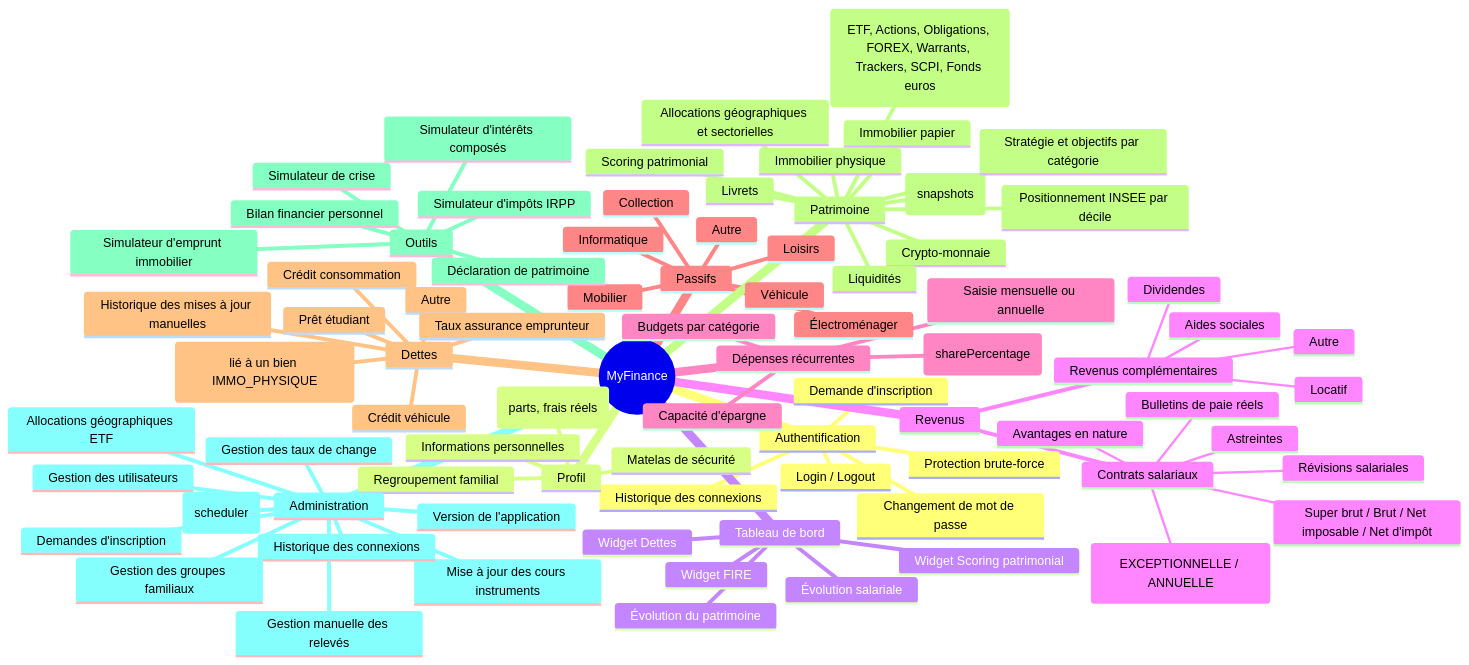
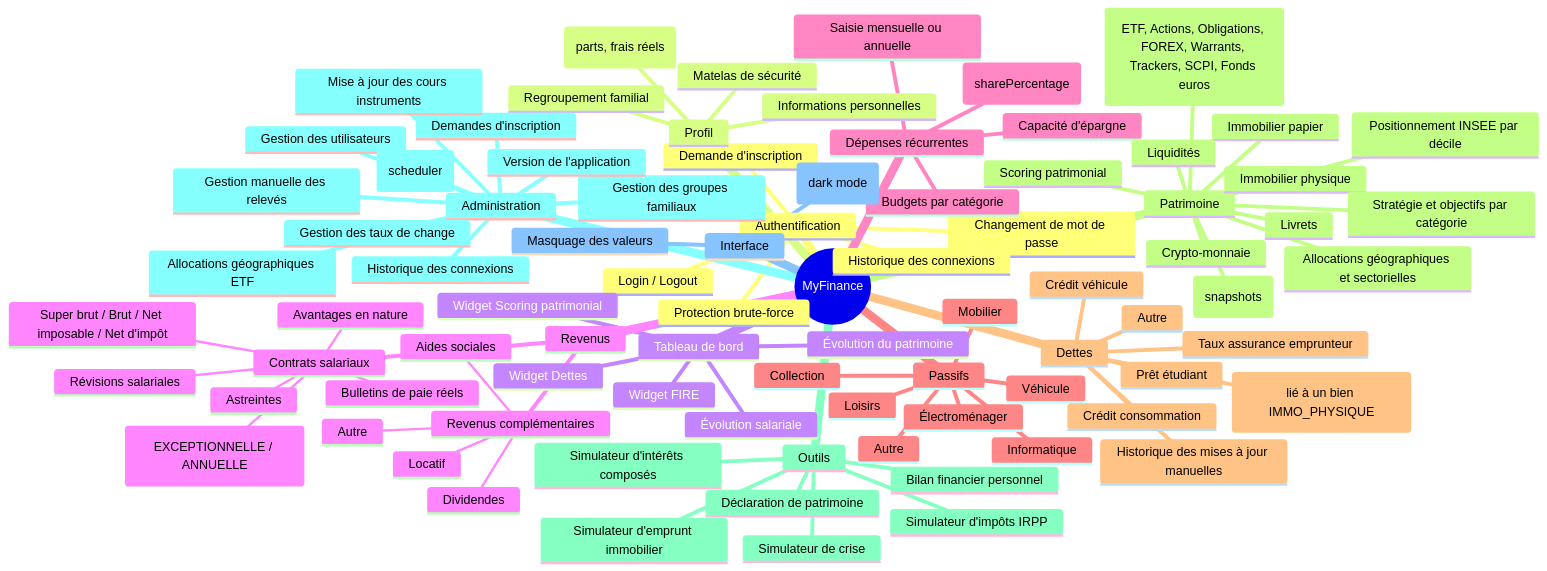
One commit to Neogost/MyFinance changed the diagram in docs/architecture/overview.md. Above: the diagram before and after it, drawn with Mermaid. The commit also changed other lines of this file and 5 other files, not shown here.

First line of the commit message:
feat(frontend): mode nuit — dark mode via CSS custom properties

````diff
--- a/docs/architecture/overview.md
+++ b/docs/architecture/overview.md
@@ -105,4 +105,7 @@
         Gestion des groupes familiaux
         Mise à jour automatique des cours (scheduler)
         Version de l'application
+    Interface
+        Mode nuit (dark mode)
+        Masquage des valeurs
 ```
````
